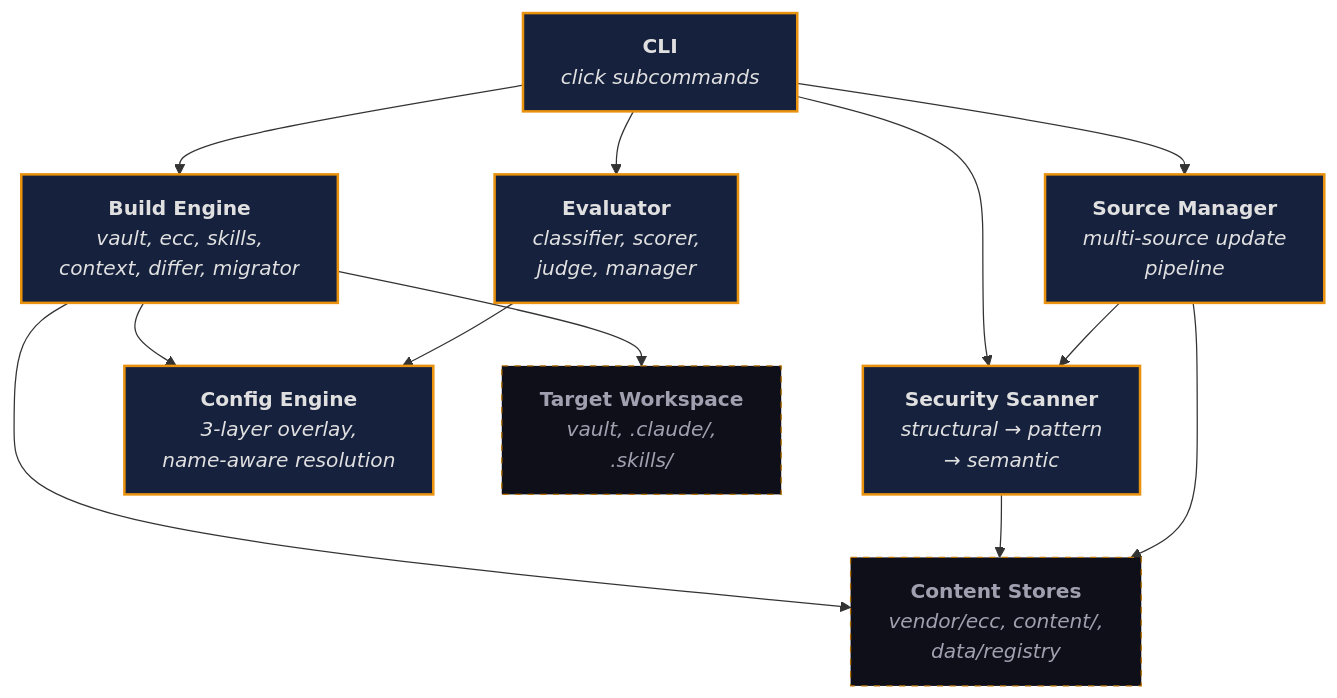
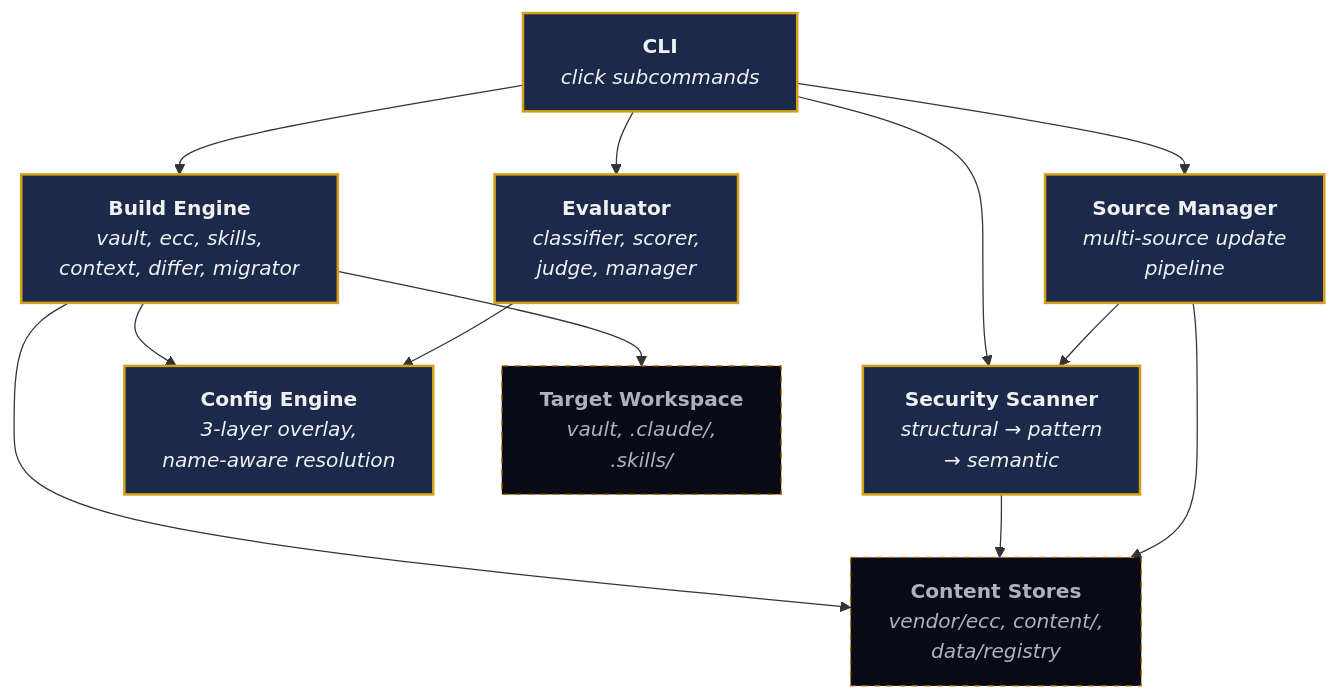
One commit to originalrgsec/open-workspace-builder changed the second of 6 diagrams in docs/adr.md. Above: the diagram before and after it, drawn with Mermaid. The commit also changed other lines of this file and 19 other files, not shown here.

````diff
--- a/docs/adr.md
+++ b/docs/adr.md
@@ -46,26 +46,26 @@
 ```mermaid
 graph TD
     CLI["<b>CLI</b><br/><i>click subcommands</i>"]:::comp
     Engine["<b>Build Engine</b><br/><i>vault, ecc, skills,<br/>context, differ, migrator</i>"]:::comp
     Scanner["<b>Security Scanner</b><br/><i>structural → pattern<br/>→ semantic</i>"]:::comp
     Evaluator["<b>Evaluator</b><br/><i>classifier, scorer,<br/>judge, manager</i>"]:::comp
     Sources["<b>Source Manager</b><br/><i>multi-source update<br/>pipeline</i>"]:::comp
     Config["<b>Config Engine</b><br/><i>3-layer overlay,<br/>name-aware resolution</i>"]:::comp
     Content["<b>Content Stores</b><br/><i>vendor/ecc, content/,<br/>data/registry</i>"]:::store
     Target["<b>Target Workspace</b><br/><i>vault, .claude/,<br/>.skills/</i>"]:::store
 
     CLI --> Engine
     CLI --> Scanner
     CLI --> Evaluator
     CLI --> Sources
     Engine --> Config
     Engine --> Content
     Engine --> Target
     Scanner --> Content
     Sources --> Scanner
     Sources --> Content
     Evaluator --> Config
 
-    classDef comp fill:#16213E,color:#E0E0E0,stroke:#E8920D,stroke-width:2px
-    classDef store fill:#0F0F1A,color:#A0A0B0,stroke:#B87308,stroke-width:1px,stroke-dasharray:5 5
+    classDef comp fill:#1B2A4A,color:#F0F0F0,stroke:#D4A017,stroke-width:2px
+    classDef store fill:#0A0A14,color:#B0B0C0,stroke:#B87308,stroke-width:1px,stroke-dasharray:5 5
 ```
````
